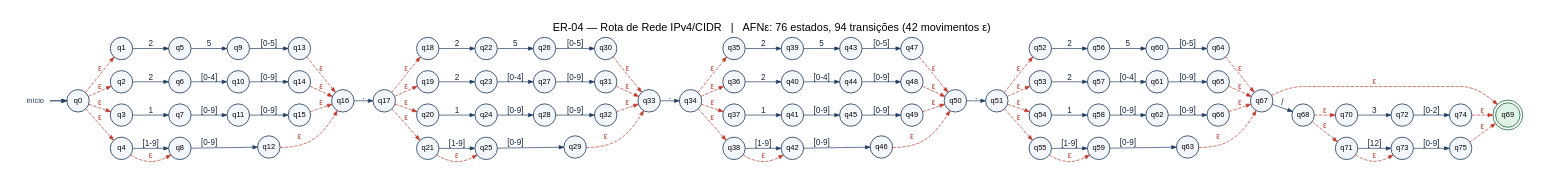
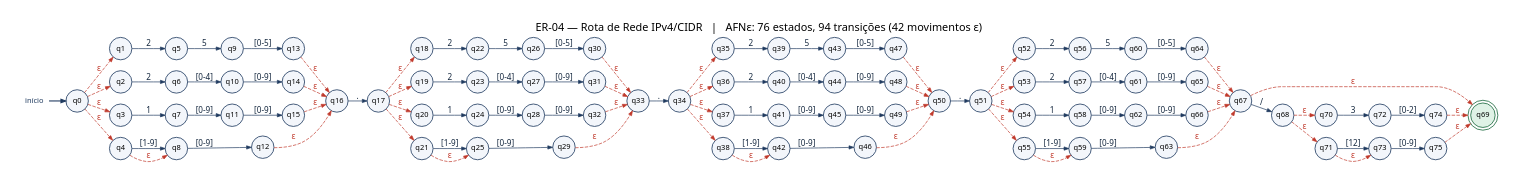
The diagram in automatos/diagramas/ER-04.dot (cauebarroso/Auditor-de-sensores-industriais-com-express-es-regulares), drawn with Graphviz before and after one commit. The commit also changed 42 other files, not shown here.

```diff
--- a/automatos/diagramas/ER-04.dot
+++ b/automatos/diagramas/ER-04.dot
@@ -1,103 +1,179 @@
 digraph "ER-04" {
   rankdir=LR;
-  graph [fontname="Helvetica", fontsize=16, nodesep=0.22, ranksep=0.32, pad=0.3, labelloc=t, bgcolor="white", label="ER-04 — Rota de Rede IPv4/CIDR   |   AFNε: 76 estados, 94 transições (42 movimentos ε)"];
-  node [shape=circle, fontname="Helvetica", fontsize=11, width=0.46, fixedsize=true, style=filled, fillcolor="#f3f6fb", color="#1f3a5f", penwidth=1.2];
-  edge [fontname="Helvetica", fontsize=12, color="#1f3a5f", fontcolor="#13263d", arrowsize=0.7];
-  inicio [shape=none, label="início", width=0.6, fontsize=11, fontcolor="#1f3a5f", style=""];
+  graph [fontname="Segoe UI", fontsize=16, nodesep=0.22, ranksep=0.32, pad=0.3, labelloc=t, bgcolor="white", label="ER-04 — Rota de Rede IPv4/CIDR   |   AFNε: 76 estados, 94 transições (42 movimentos ε)"];
+  node [shape=circle, fontname="Segoe UI", fontsize=11, width=0.46, fixedsize=true, style=filled, fillcolor="#f3f6fb", color="#1f3a5f", penwidth=1.2];
+  edge [fontname="Segoe UI", fontsize=12, color="#1f3a5f", fontcolor="#13263d", arrowsize=0.7];
+  inicio [shape=none, width=0.6, fontsize=11, fontcolor="#1f3a5f", style="", label="início"];
   inicio -> q0 [penwidth=1.6];
   q69 [shape=doublecircle, fillcolor="#dff2e6", color="#1d6b3f", width=0.5];
+  q0;
+  q1;
+  q2;
+  q3;
+  q4;
+  q5;
+  q6;
+  q7;
+  q8;
+  q9;
+  q10;
+  q11;
+  q12;
+  q13;
+  q14;
+  q15;
+  q16;
+  q17;
+  q18;
+  q19;
+  q20;
+  q21;
+  q22;
+  q23;
+  q24;
+  q25;
+  q26;
+  q27;
+  q28;
+  q29;
+  q30;
+  q31;
+  q32;
+  q33;
+  q34;
+  q35;
+  q36;
+  q37;
+  q38;
+  q39;
+  q40;
+  q41;
+  q42;
+  q43;
+  q44;
+  q45;
+  q46;
+  q47;
+  q48;
+  q49;
+  q50;
+  q51;
+  q52;
+  q53;
+  q54;
+  q55;
+  q56;
+  q57;
+  q58;
+  q59;
+  q60;
+  q61;
+  q62;
+  q63;
+  q64;
+  q65;
+  q66;
+  q67;
+  q68;
+  q69;
+  q70;
+  q71;
+  q72;
+  q73;
+  q74;
+  q75;
   q0 -> q1 [label="ε", style=dashed, color="#c0392b", fontcolor="#c0392b"];
   q0 -> q2 [label="ε", style=dashed, color="#c0392b", fontcolor="#c0392b"];
   q0 -> q3 [label="ε", style=dashed, color="#c0392b", fontcolor="#c0392b"];
   q0 -> q4 [label="ε", style=dashed, color="#c0392b", fontcolor="#c0392b"];
   q1 -> q5 [label="2"];
   q2 -> q6 [label="2"];
   q3 -> q7 [label="1"];
   q4 -> q8 [label="[1-9]"];
   q4 -> q8 [label="ε", style=dashed, color="#c0392b", fontcolor="#c0392b"];
   q5 -> q9 [label="5"];
   q6 -> q10 [label="[0-4]"];
   q7 -> q11 [label="[0-9]"];
   q8 -> q12 [label="[0-9]"];
   q9 -> q13 [label="[0-5]"];
   q10 -> q14 [label="[0-9]"];
   q11 -> q15 [label="[0-9]"];
   q12 -> q16 [label="ε", style=dashed, color="#c0392b", fontcolor="#c0392b"];
   q13 -> q16 [label="ε", style=dashed, color="#c0392b", fontcolor="#c0392b"];
   q14 -> q16 [label="ε", style=dashed, color="#c0392b", fontcolor="#c0392b"];
   q15 -> q16 [label="ε", style=dashed, color="#c0392b", fontcolor="#c0392b"];
   q16 -> q17 [label="."];
   q17 -> q18 [label="ε", style=dashed, color="#c0392b", fontcolor="#c0392b"];
   q17 -> q19 [label="ε", style=dashed, color="#c0392b", fontcolor="#c0392b"];
   q17 -> q20 [label="ε", style=dashed, color="#c0392b", fontcolor="#c0392b"];
   q17 -> q21 [label="ε", style=dashed, color="#c0392b", fontcolor="#c0392b"];
   q18 -> q22 [label="2"];
   q19 -> q23 [label="2"];
   q20 -> q24 [label="1"];
   q21 -> q25 [label="[1-9]"];
   q21 -> q25 [label="ε", style=dashed, color="#c0392b", fontcolor="#c0392b"];
   q22 -> q26 [label="5"];
   q23 -> q27 [label="[0-4]"];
   q24 -> q28 [label="[0-9]"];
   q25 -> q29 [label="[0-9]"];
   q26 -> q30 [label="[0-5]"];
   q27 -> q31 [label="[0-9]"];
   q28 -> q32 [label="[0-9]"];
   q29 -> q33 [label="ε", style=dashed, color="#c0392b", fontcolor="#c0392b"];
   q30 -> q33 [label="ε", style=dashed, color="#c0392b", fontcolor="#c0392b"];
   q31 -> q33 [label="ε", style=dashed, color="#c0392b", fontcolor="#c0392b"];
   q32 -> q33 [label="ε", style=dashed, color="#c0392b", fontcolor="#c0392b"];
   q33 -> q34 [label="."];
   q34 -> q35 [label="ε", style=dashed, color="#c0392b", fontcolor="#c0392b"];
   q34 -> q36 [label="ε", style=dashed, color="#c0392b", fontcolor="#c0392b"];
   q34 -> q37 [label="ε", style=dashed, color="#c0392b", fontcolor="#c0392b"];
   q34 -> q38 [label="ε", style=dashed, color="#c0392b", fontcolor="#c0392b"];
   q35 -> q39 [label="2"];
   q36 -> q40 [label="2"];
   q37 -> q41 [label="1"];
   q38 -> q42 [label="[1-9]"];
   q38 -> q42 [label="ε", style=dashed, color="#c0392b", fontcolor="#c0392b"];
   q39 -> q43 [label="5"];
   q40 -> q44 [label="[0-4]"];
   q41 -> q45 [label="[0-9]"];
   q42 -> q46 [label="[0-9]"];
   q43 -> q47 [label="[0-5]"];
   q44 -> q48 [label="[0-9]"];
   q45 -> q49 [label="[0-9]"];
   q46 -> q50 [label="ε", style=dashed, color="#c0392b", fontcolor="#c0392b"];
   q47 -> q50 [label="ε", style=dashed, color="#c0392b", fontcolor="#c0392b"];
   q48 -> q50 [label="ε", style=dashed, color="#c0392b", fontcolor="#c0392b"];
   q49 -> q50 [label="ε", style=dashed, color="#c0392b", fontcolor="#c0392b"];
   q50 -> q51 [label="."];
   q51 -> q52 [label="ε", style=dashed, color="#c0392b", fontcolor="#c0392b"];
   q51 -> q53 [label="ε", style=dashed, color="#c0392b", fontcolor="#c0392b"];
   q51 -> q54 [label="ε", style=dashed, color="#c0392b", fontcolor="#c0392b"];
   q51 -> q55 [label="ε", style=dashed, color="#c0392b", fontcolor="#c0392b"];
   q52 -> q56 [label="2"];
   q53 -> q57 [label="2"];
   q54 -> q58 [label="1"];
   q55 -> q59 [label="[1-9]"];
   q55 -> q59 [label="ε", style=dashed, color="#c0392b", fontcolor="#c0392b"];
   q56 -> q60 [label="5"];
   q57 -> q61 [label="[0-4]"];
   q58 -> q62 [label="[0-9]"];
   q59 -> q63 [label="[0-9]"];
   q60 -> q64 [label="[0-5]"];
   q61 -> q65 [label="[0-9]"];
   q62 -> q66 [label="[0-9]"];
   q63 -> q67 [label="ε", style=dashed, color="#c0392b", fontcolor="#c0392b"];
   q64 -> q67 [label="ε", style=dashed, color="#c0392b", fontcolor="#c0392b"];
   q65 -> q67 [label="ε", style=dashed, color="#c0392b", fontcolor="#c0392b"];
   q66 -> q67 [label="ε", style=dashed, color="#c0392b", fontcolor="#c0392b"];
   q67 -> q68 [label="/"];
   q67 -> q69 [label="ε", style=dashed, color="#c0392b", fontcolor="#c0392b"];
   q68 -> q70 [label="ε", style=dashed, color="#c0392b", fontcolor="#c0392b"];
   q68 -> q71 [label="ε", style=dashed, color="#c0392b", fontcolor="#c0392b"];
   q70 -> q72 [label="3"];
   q71 -> q73 [label="[12]"];
   q71 -> q73 [label="ε", style=dashed, color="#c0392b", fontcolor="#c0392b"];
   q72 -> q74 [label="[0-2]"];
   q73 -> q75 [label="[0-9]"];
   q74 -> q69 [label="ε", style=dashed, color="#c0392b", fontcolor="#c0392b"];
   q75 -> q69 [label="ε", style=dashed, color="#c0392b", fontcolor="#c0392b"];
 }
```
